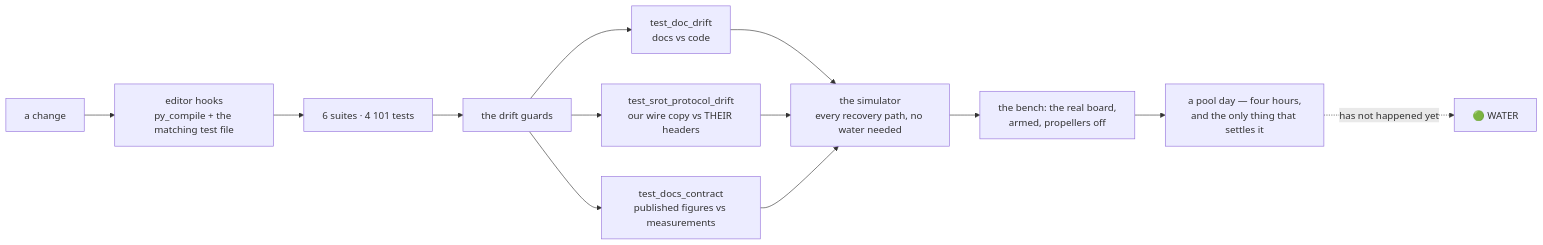
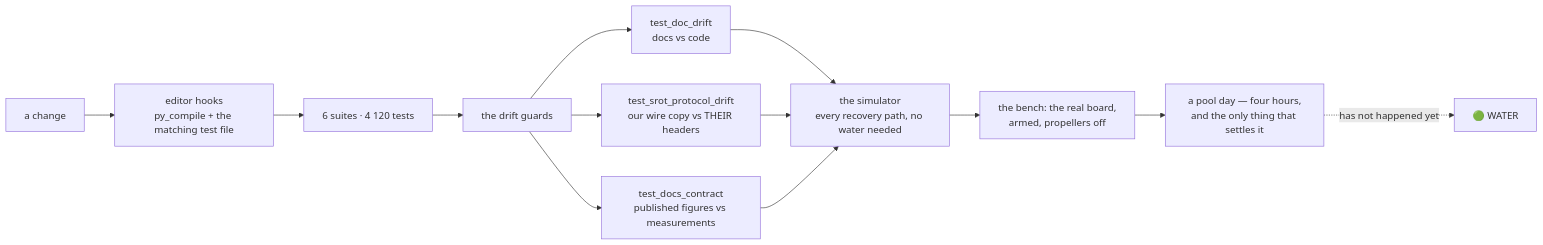
One commit to fh1m/mongla_ws changed the ninth of 10 diagrams in README.md. Above: the diagram before and after it, drawn with Mermaid. The commit also changed other lines of this file and 14 other files, not shown here.

````diff
--- a/README.md
+++ b/README.md
@@ -752,15 +752,15 @@
 ```mermaid
 flowchart LR
     DEV["a change"] --> HOOK["editor hooks<br/>py_compile + the matching test file"]
-    HOOK --> UNIT["6 suites · 4 101 tests"]
+    HOOK --> UNIT["6 suites · 4 120 tests"]
     UNIT --> GUARD["the drift guards"]
     GUARD --> G1["test_doc_drift<br/>docs vs code"]
     GUARD --> G2["test_srot_protocol_drift<br/>our wire copy vs THEIR headers"]
     GUARD --> G3["test_docs_contract<br/>published figures vs measurements"]
     G1 --> SIM["the simulator<br/>every recovery path, no water needed"]
     G2 --> SIM
     G3 --> SIM
     SIM --> BENCH["the bench: the real board,<br/>armed, propellers off"]
     BENCH --> POOL["a pool day — four hours,<br/>and the only thing that settles it"]
     POOL -.->|"has not happened yet"| WATER["🟢 WATER"]
 ```
````
